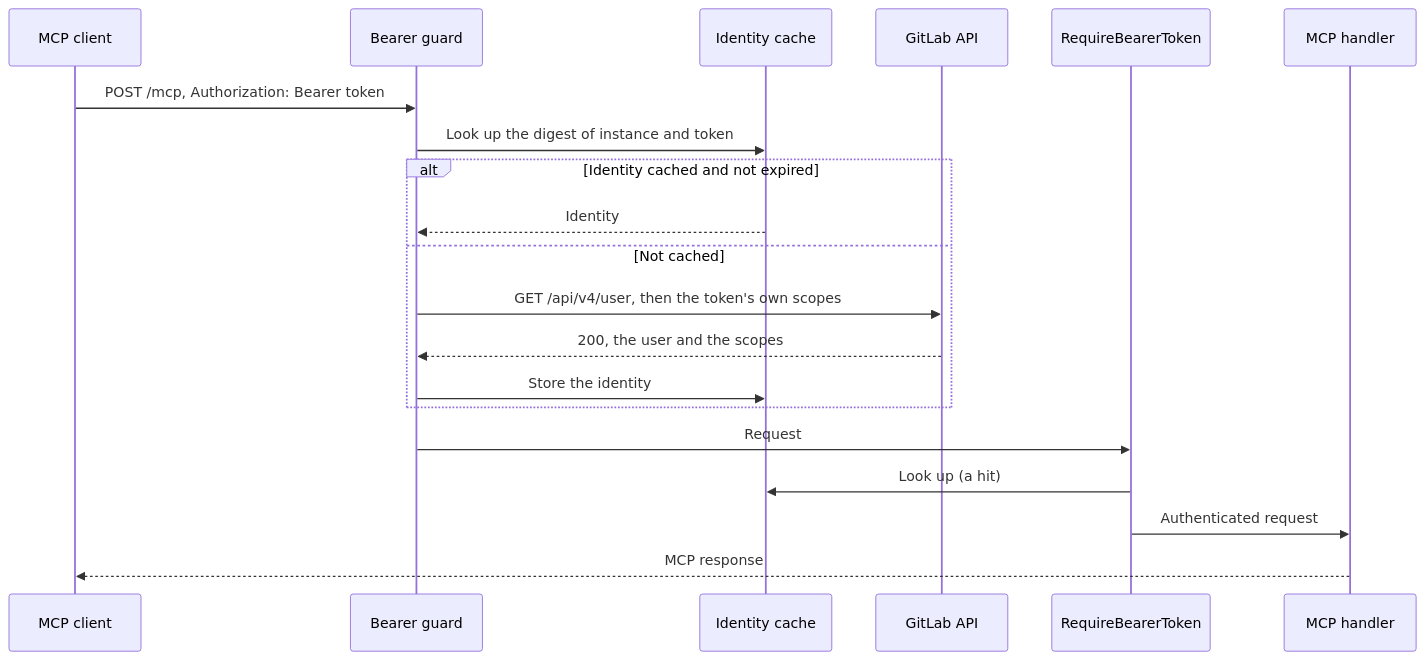
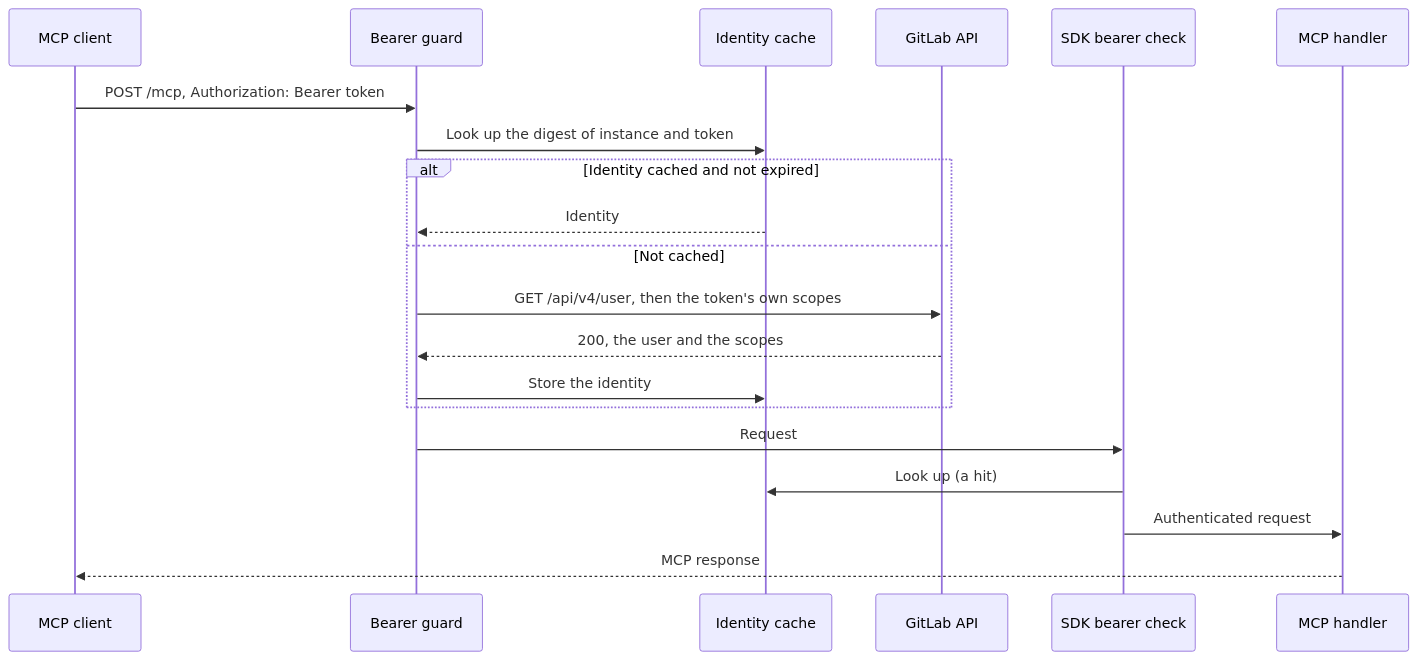
The first of 2 diagrams in site/src/content/docs/operations/http-server.mdx (jmrplens/gitlab-mcp-server), drawn with Mermaid before and after one commit. The commit also changed other lines of this file and 73 other files, not shown here.

````diff
--- a/site/src/content/docs/operations/http-server.mdx
+++ b/site/src/content/docs/operations/http-server.mdx
@@ -432,23 +444,23 @@
 ```mermaid
 sequenceDiagram
     participant Client as MCP client
     participant Guard as Bearer guard
     participant Cache as Identity cache
     participant GL as GitLab API
-    participant SDK as RequireBearerToken
+    participant SDK as SDK bearer check
     participant MCP as MCP handler
 
     Client->>Guard: POST /mcp, Authorization: Bearer token
     Guard->>Cache: Look up the digest of instance and token
     alt Identity cached and not expired
         Cache-->>Guard: Identity
     else Not cached
         Guard->>GL: GET /api/v4/user, then the token's own scopes
         GL-->>Guard: 200, the user and the scopes
         Guard->>Cache: Store the identity
     end
     Guard->>SDK: Request
     SDK->>Cache: Look up (a hit)
     SDK->>MCP: Authenticated request
     MCP-->>Client: MCP response
 ```
````
